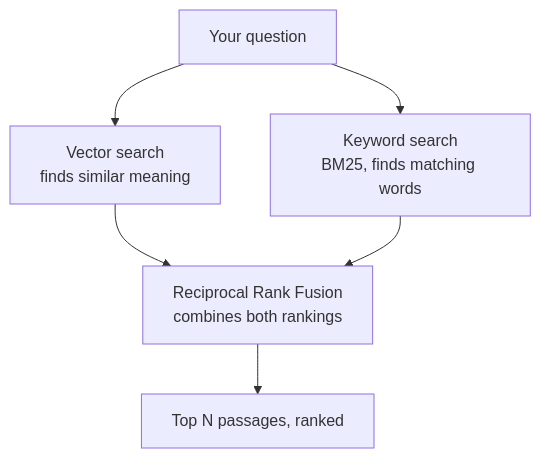
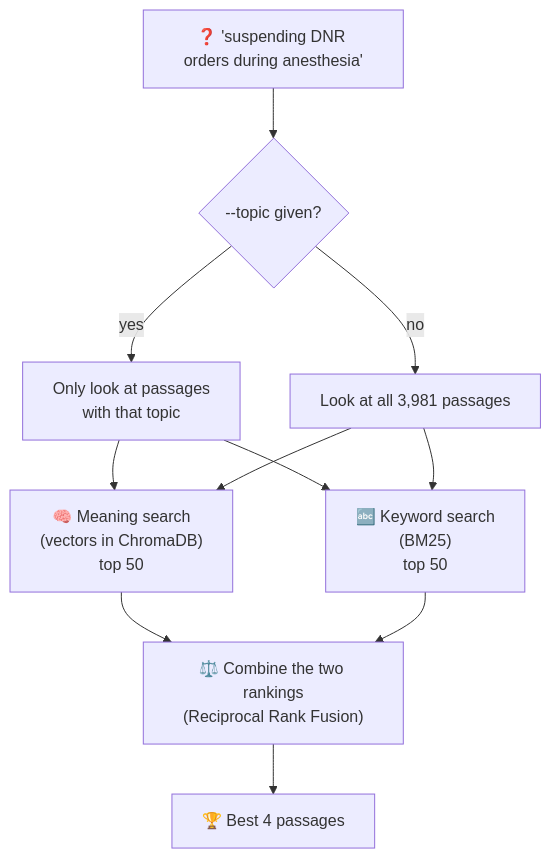
The sixth of 7 diagrams in README.md (gafur55/Ethics-RAG), drawn with Mermaid before and after one commit. The commit also changed other lines of this file, not shown here.

````diff
--- a/README.md
+++ b/README.md
@@ -42,8 +301,13 @@
 ```mermaid
 flowchart TD
-    Q[Your question] --> V[Vector search<br/>finds similar meaning]
-    Q --> K[Keyword search<br/>BM25, finds matching words]
-    V --> R[Reciprocal Rank Fusion<br/>combines both rankings]
-    K --> R
-    R --> T[Top N passages, ranked]
+    Q["❓ 'suspending DNR orders during anesthesia'"] --> F{"--topic given?"}
+    F -->|"yes"| FILT["Only look at passages<br/>with that topic"]
+    F -->|"no"| ALL["Look at all 3,981 passages"]
+    FILT --> V
+    FILT --> K
+    ALL --> V
+    ALL --> K
+    V["🧠 Meaning search<br/>(vectors in ChromaDB)<br/>top 50"] --> RRF
+    K["🔤 Keyword search<br/>(BM25)<br/>top 50"] --> RRF
+    RRF["⚖️ Combine the two rankings<br/>(Reciprocal Rank Fusion)"] --> TOP["🏆 Best 4 passages"]
 ```
````
